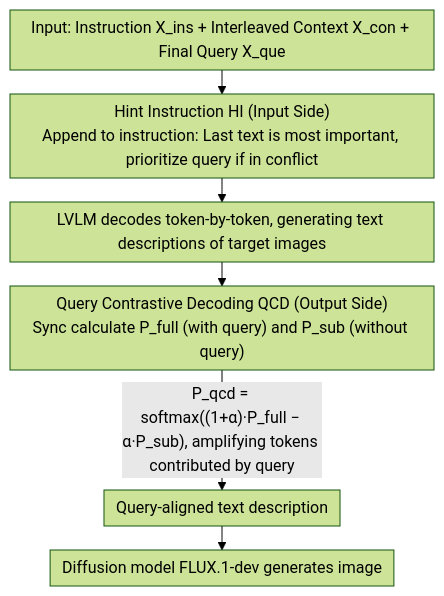
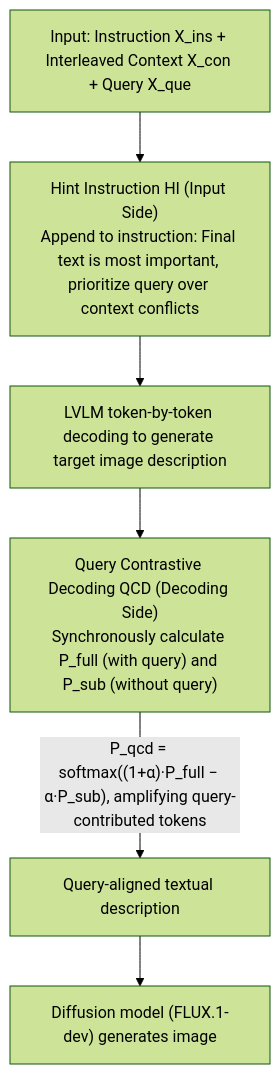
The diagram in docs/ACL2026/image_generation/think_bright_diffuse_nice_enhancing_t2i-icl_via_inductive-bias_hint_instruction_.md (zhaoyang97/Paper-Notes-en), drawn with Mermaid (forest theme) before and after one commit. The commit also changed other lines of this file and 5084 other files, not shown here.

````diff
--- a/docs/ACL2026/image_generation/think_bright_diffuse_nice_enhancing_t2i-icl_via_inductive-bias_hint_instruction_.md
+++ b/docs/ACL2026/image_generation/think_bright_diffuse_nice_enhancing_t2i-icl_via_inductive-bias_hint_instruction_.md
@@ -46,9 +46,8 @@
 ```mermaid
-%%{init: {'flowchart': {'rankSpacing': 24, 'nodeSpacing': 28, 'padding': 6, 'wrappingWidth': 400}}}%%
-flowchart TD
-    A["Input: Instruction X_ins + Interleaved Context X_con + Final Query X_que"] --> B["Hint Instruction HI (Input Side)<br/>Append to instruction: Last text is most important, prioritize query if in conflict"]
-    B --> C["LVLM decodes token-by-token, generating text descriptions of target images"]
-    C --> D["Query Contrastive Decoding QCD (Output Side)<br/>Sync calculate P_full (with query) and P_sub (without query)"]
-    D -->|"P_qcd = softmax((1+α)·P_full − α·P_sub), amplifying tokens contributed by query"| E["Query-aligned text description"]
-    E --> F["Diffusion model FLUX.1-dev generates image"]
+graph TD
+    A["Input: Instruction X_ins + Interleaved Context X_con + Query X_que"] --> B["Hint Instruction HI (Input Side)<br/>Append to instruction: Final text is most important, prioritize query over context conflicts"]
+    B --> C["LVLM token-by-token decoding to generate target image description"]
+    C --> D["Query Contrastive Decoding QCD (Decoding Side)<br/>Synchronously calculate P_full (with query) and P_sub (without query)"]
+    D -->|"P_qcd = softmax((1+α)·P_full − α·P_sub), amplifying query-contributed tokens"| E["Query-aligned textual description"]
+    E --> F["Diffusion model (FLUX.1-dev) generates image"]
 ```
````
